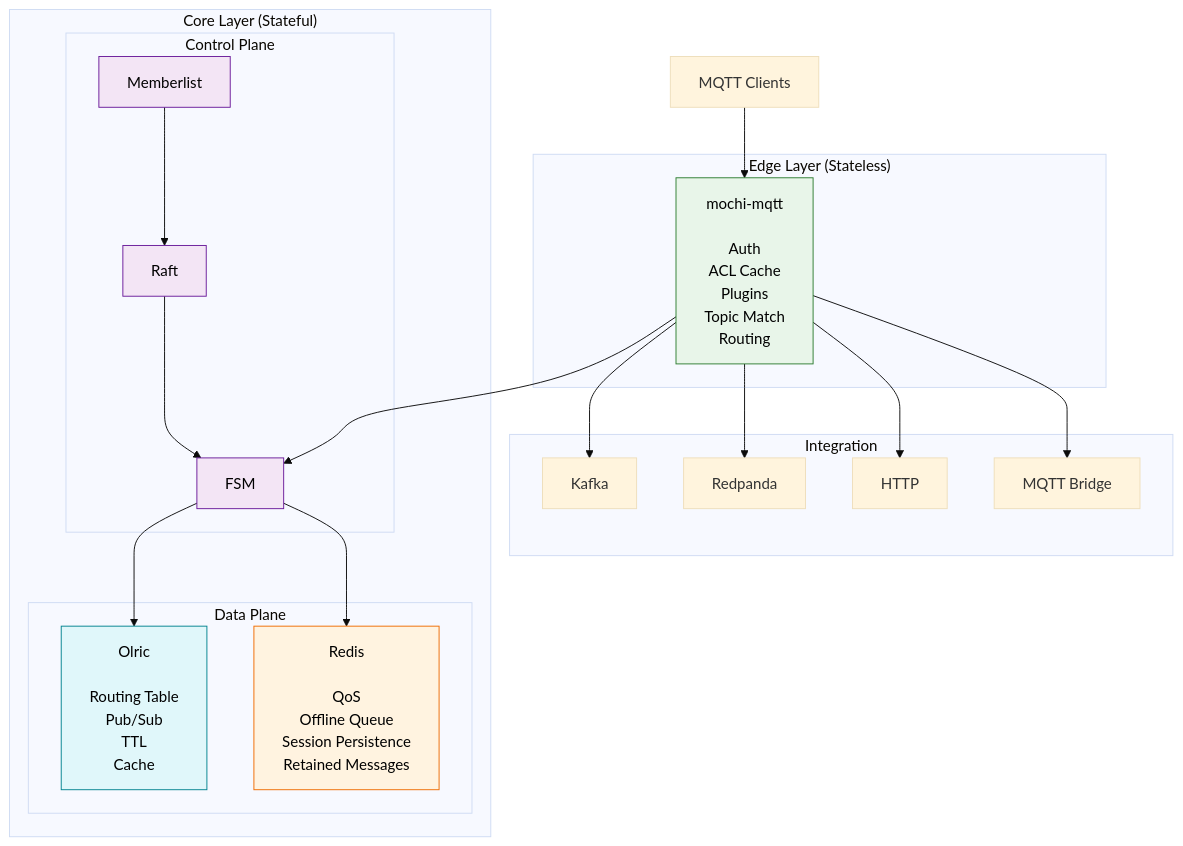
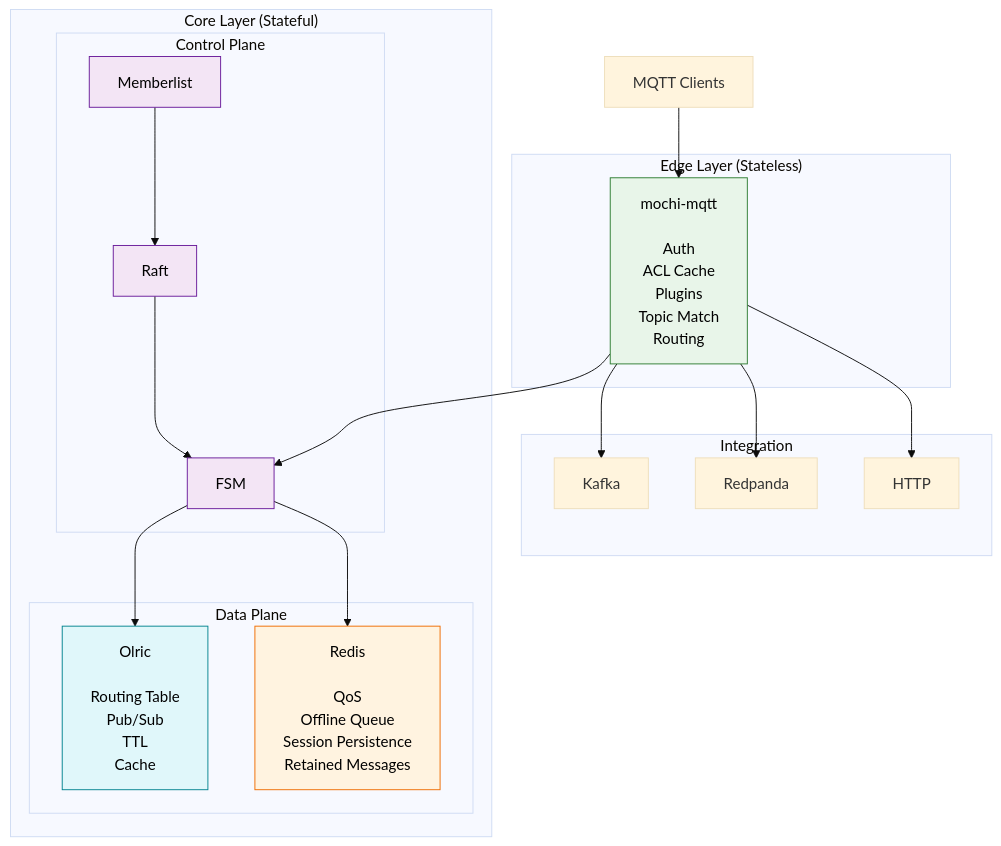
One commit to keel-iot/keel-mqtt-gateway changed the first of 5 diagrams in README.md. Above: the diagram before and after it, drawn with Mermaid (base theme). The commit also changed other lines of this file and 2 other files, not shown here.

First line of the commit message:
docs: remove false MQTT bridge claim, track rate-limiting gap

````diff
--- a/README.md
+++ b/README.md
@@ -41,49 +40,47 @@
 ```mermaid
 flowchart TB
 
 classDef edge fill:#E8F5E9,stroke:#2E7D32,color:#000
 classDef control fill:#F3E5F5,stroke:#6A1B9A,color:#000
 classDef data fill:#E0F7FA,stroke:#00838F,color:#000
 classDef persist fill:#FFF3E0,stroke:#EF6C00,color:#000
 
 Client["MQTT Clients"]
 
 subgraph EDGE["Edge Layer (Stateless)"]
     Broker["mochi-mqtt\n\nAuth\nACL Cache\nPlugins\nTopic Match\nRouting"]
 end
 
 subgraph CORE["Core Layer (Stateful)"]
     subgraph CP["Control Plane"]
         Memberlist["Memberlist"]
         Raft["Raft"]
         FSM["FSM"]
         Memberlist --> Raft
         Raft --> FSM
     end
     subgraph DP["Data Plane"]
         Olric["Olric\n\nRouting Table\nPub/Sub\nTTL\nCache"]
         Redis["Redis\n\nQoS\nOffline Queue\nSession Persistence\nRetained Messages"]
     end
 end
 
 subgraph Integration
     Kafka
     Redpanda
     HTTP
-    MQTTBridge["MQTT Bridge"]
 end
 
 Client --> Broker
 Broker --> FSM
 FSM --> Olric
 FSM --> Redis
 Broker --> Kafka
 Broker --> Redpanda
 Broker --> HTTP
-Broker --> MQTTBridge
 
 class Broker edge
 class Memberlist,Raft,FSM control
 class Olric data
 class Redis persist
 ```
````
